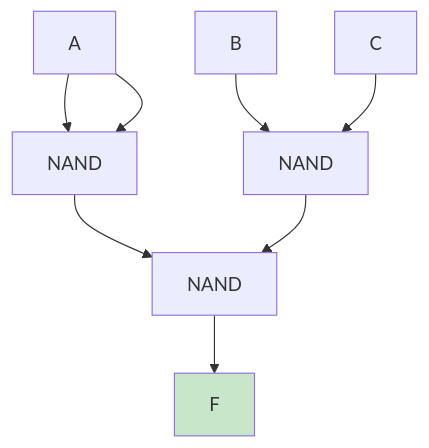
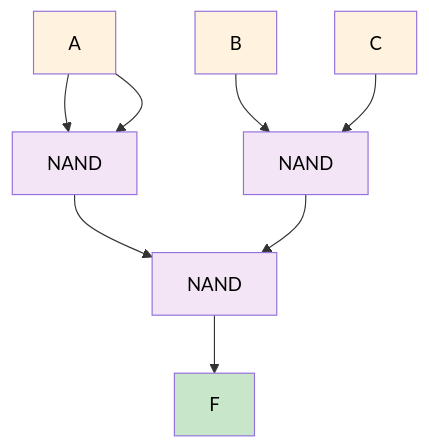
Diagram 31 of 32 in ee2026/lect/L2 lecture notes/EE2026_Week_2_Boolean_Logic_Visual_Guide.md (Yxiang-828/Yxiang-828.github.io), drawn with Mermaid before and after one commit. The commit also changed other lines of this file, not shown here.

````diff
--- a/ee2026/lect/L2 lecture notes/EE2026_Week_2_Boolean_Logic_Visual_Guide.md
+++ b/ee2026/lect/L2 lecture notes/EE2026_Week_2_Boolean_Logic_Visual_Guide.md
@@ -750,14 +796,20 @@
 ```mermaid
 graph TD
     A[A] --> NAND1[NAND]
     A --> NAND1
     
     B[B] --> NAND2[NAND]
     C[C] --> NAND2
     
     NAND1 --> NAND3[NAND]
     NAND2 --> NAND3
     NAND3 --> F[F]
     
-    style F fill:#c8e6c9
+    style F fill:#c8e6c9,color:#000
+    style NAND1 fill:#f3e5f5,color:#000
+    style NAND2 fill:#f3e5f5,color:#000
+    style NAND3 fill:#f3e5f5,color:#000
+    style A fill:#fff3e0,color:#000
+    style B fill:#fff3e0,color:#000
+    style C fill:#fff3e0,color:#000
 ```
````
